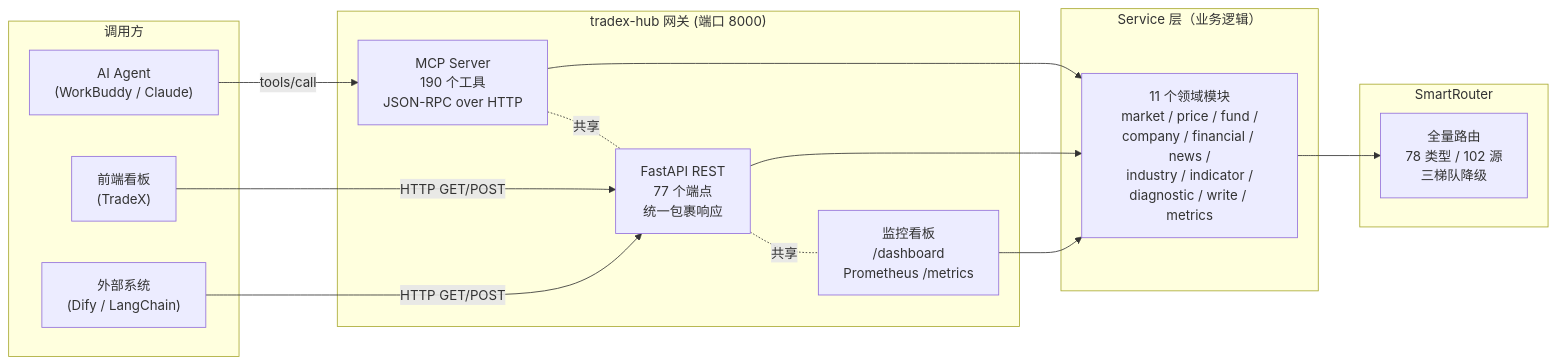
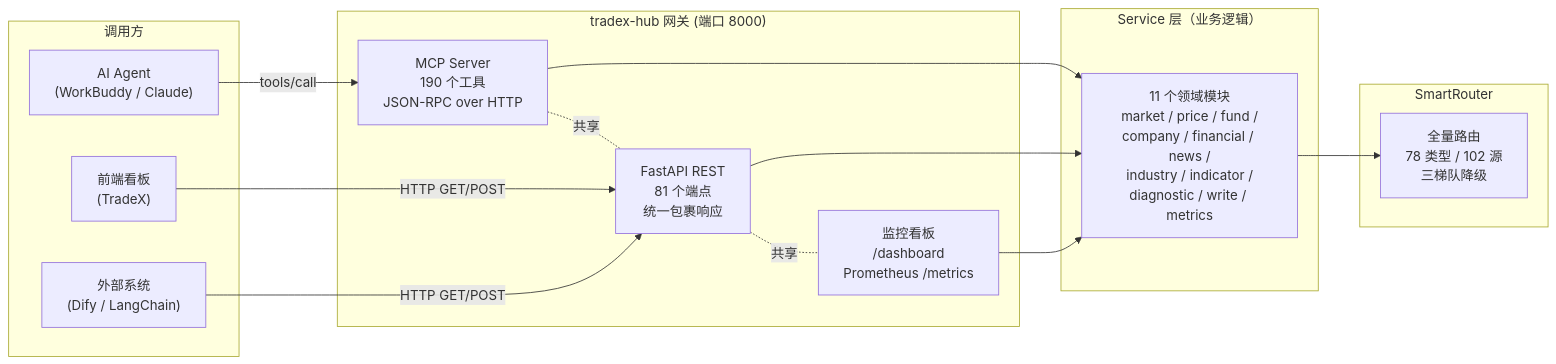
One commit to wolfjkd/tradex-hub changed the first of 2 diagrams in README.md. Above: the diagram before and after it, drawn with Mermaid. The commit also changed other lines of this file and 7 other files, not shown here.

````diff
--- a/README.md
+++ b/README.md
@@ -97,32 +100,32 @@
 ```mermaid
 flowchart LR
     subgraph Caller["调用方"]
         A1["AI Agent<br/>(WorkBuddy / Claude)"]
         A2["前端看板<br/>(TradeX)"]
         A3["外部系统<br/>(Dify / LangChain)"]
     end
 
     subgraph Gateway["tradex-hub 网关 (端口 8000)"]
         B1["MCP Server<br/>190 个工具<br/>JSON-RPC over HTTP"]
-        B2["FastAPI REST<br/>77 个端点<br/>统一包裹响应"]
+        B2["FastAPI REST<br/>81 个端点<br/>统一包裹响应"]
         B3["监控看板<br/>/dashboard<br/>Prometheus /metrics"]
         B1 -.共享.- B2
         B2 -.共享.- B3
     end
 
     subgraph Service["Service 层（业务逻辑）"]
         C1["11 个领域模块<br/>market / price / fund /<br/>company / financial / news /<br/>industry / indicator /<br/>diagnostic / write / metrics"]
     end
 
     subgraph Router["SmartRouter"]
         D1["全量路由<br/>78 类型 / 102 源<br/>三梯队降级"]
     end
 
     A1 -->|tools/call| B1
     A2 -->|HTTP GET/POST| B2
     A3 -->|HTTP GET/POST| B2
     B1 --> C1
     B2 --> C1
     B3 --> C1
     C1 --> D1
 ```
````
